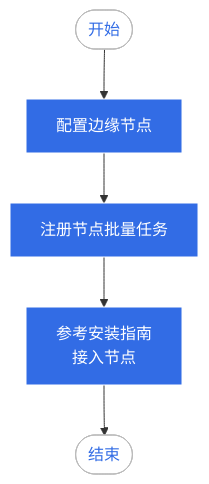
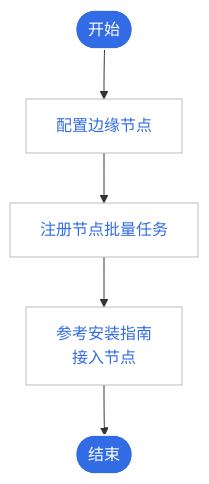
One commit to DaoCloud/DaoCloud-docs changed the diagram in docs/zh/docs/kant/user-guide/node/index.md. Above: the diagram before and after it, drawn with Mermaid. The commit also changed 3 other files, not shown here.

Commit message:
update kant-node index

````diff
--- a/docs/zh/docs/kant/user-guide/node/index.md
+++ b/docs/zh/docs/kant/user-guide/node/index.md
@@ -16,13 +16,16 @@
 ```mermaid
 graph TB
 
 start1([开始]) --> config[配置边缘节点]
 config --> register[注册节点批量任务] --> join[参考安装指南<br/>接入节点] --> end1([结束])
 
 classDef plain fill:#ddd,stroke:#fff,stroke-width:1px,color:#000;
 classDef k8s fill:#326ce5,stroke:#fff,stroke-width:1px,color:#fff;
 classDef cluster fill:#fff,stroke:#bbb,stroke-width:1px,color:#326ce5;
 
-class start1,end1 cluster;
-class config,register,join k8s
+class start1,end1 k8s;
+class config,register,join cluster
+
+click register "https://docs.daocloud.io/kant/user-guide/node/batch-registration.html"
+click join "https://docs.daocloud.io/kant/user-guide/node/managed-node.html"
 ```
````
